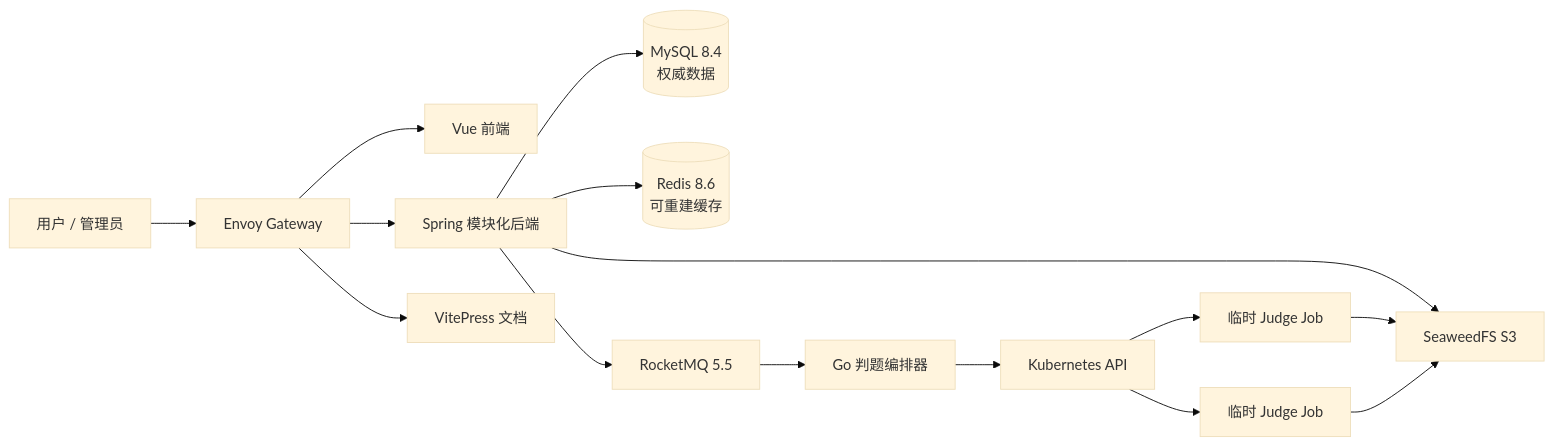
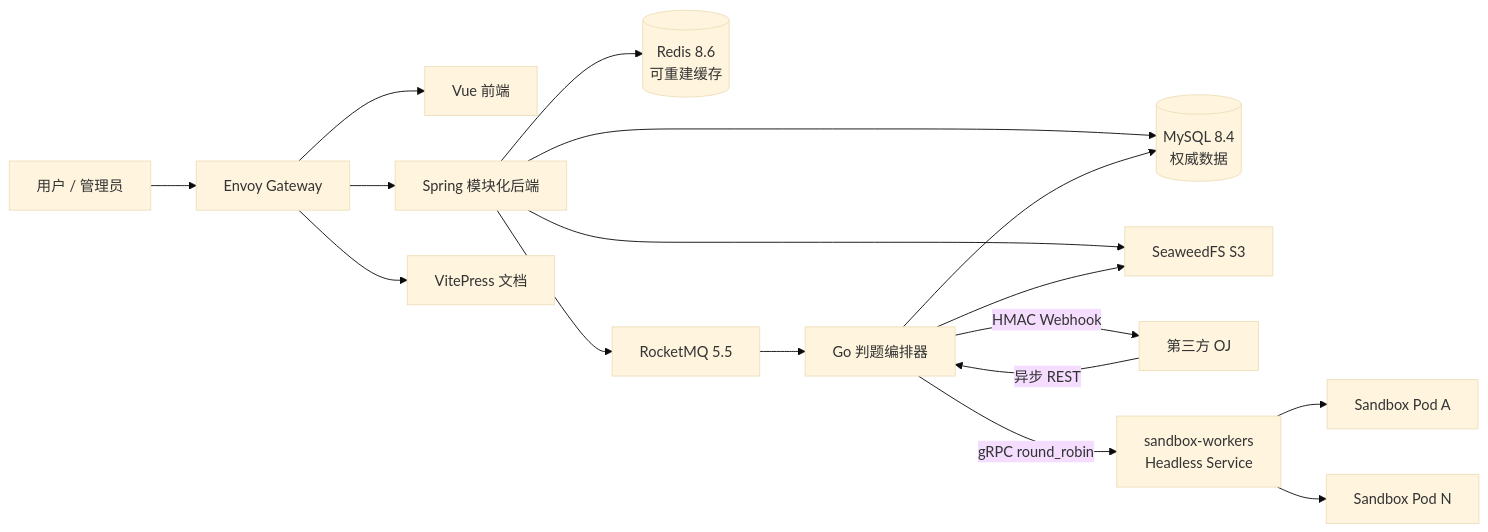
One commit to CodeRushOJ/croj-platform changed the first of 2 diagrams in docs/architecture/platform.md. Above: the diagram before and after it, drawn with Mermaid (base theme). The commit also changed other lines of this file and 3 other files, not shown here.

````diff
--- a/docs/architecture/platform.md
+++ b/docs/architecture/platform.md
@@ -5,17 +5,19 @@
 ```mermaid
 flowchart LR
   U["用户 / 管理员"] --> EG["Envoy Gateway"]
   EG --> FE["Vue 前端"]
   EG --> API["Spring 模块化后端"]
   EG --> DOCS["VitePress 文档"]
   API --> MYSQL[("MySQL 8.4\n权威数据")]
   API --> REDIS[("Redis 8.6\n可重建缓存")]
   API --> MQ["RocketMQ 5.5"]
   API --> S3["SeaweedFS S3"]
   MQ --> JUDGE["Go 判题编排器"]
-  JUDGE --> KAPI["Kubernetes API"]
-  KAPI --> JOB1["临时 Judge Job"]
-  KAPI --> JOBN["临时 Judge Job"]
-  JOB1 --> S3
-  JOBN --> S3
+  EXT["第三方 OJ"] -->|"异步 REST"| JUDGE
+  JUDGE --> MYSQL
+  JUDGE --> S3
+  JUDGE -->|"gRPC round_robin"| HS["sandbox-workers\nHeadless Service"]
+  HS --> SB1["Sandbox Pod A"]
+  HS --> SBN["Sandbox Pod N"]
+  JUDGE -->|"HMAC Webhook"| EXT
 ```
````
